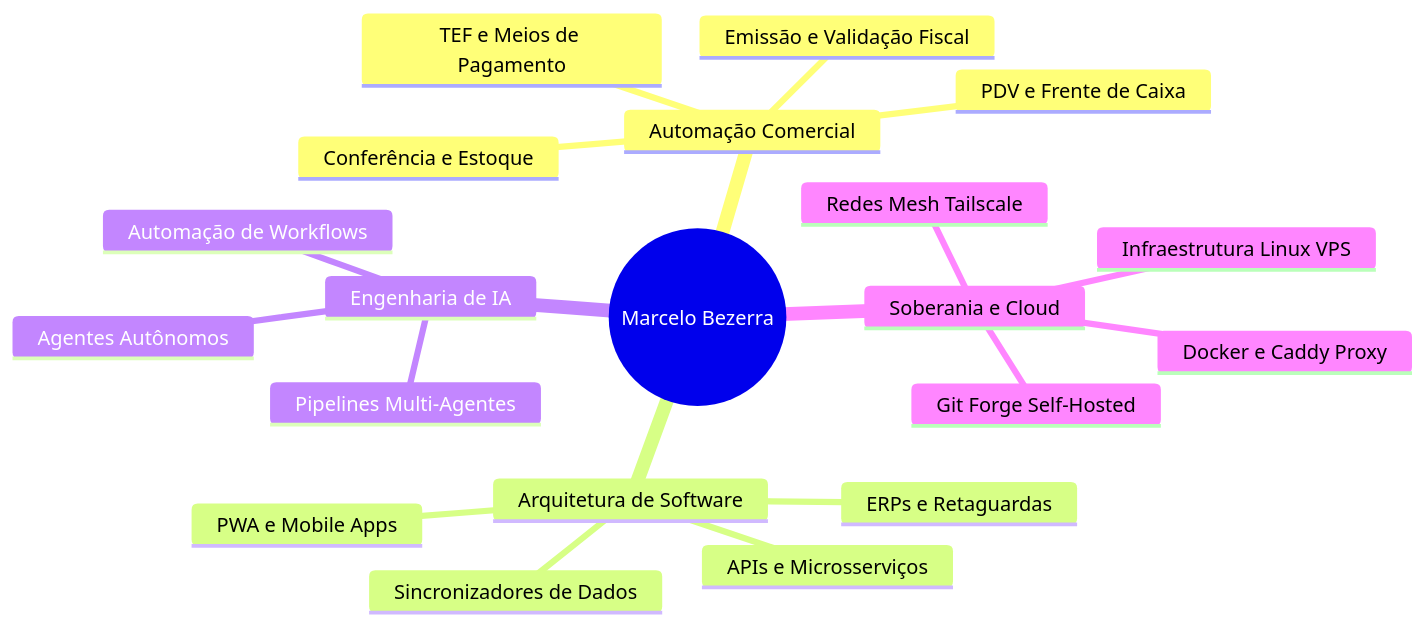
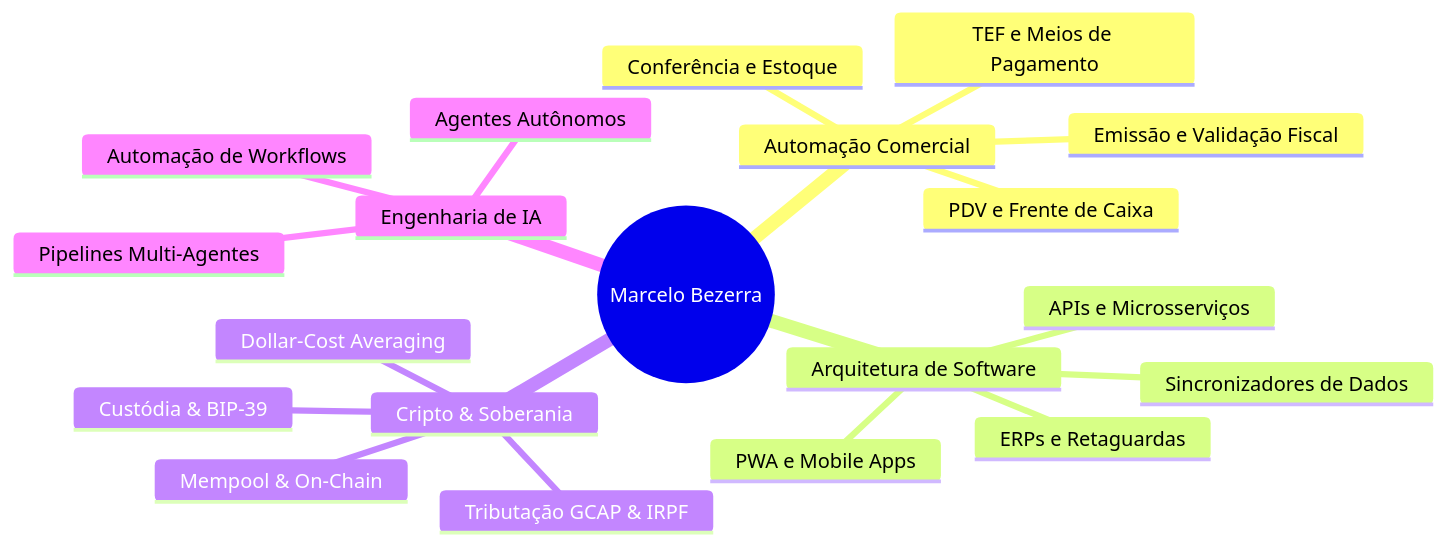
One commit to marcelotpbezerra/marcelotpbezerra changed the diagram in README.md. Above: the diagram before and after it, drawn with Mermaid. The commit also changed other lines of this file, not shown here.

Commit message:
docs: adicionar suite completa de 9 ferramentas fiscais e cripto

````diff
--- a/README.md
+++ b/README.md
@@ -22,23 +23,23 @@
 ```mermaid
 mindmap
   root((Marcelo Bezerra))
     Automação Comercial
       PDV e Frente de Caixa
       TEF e Meios de Pagamento
       Emissão e Validação Fiscal
       Conferência e Estoque
     Arquitetura de Software
       ERPs e Retaguardas
       APIs e Microsserviços
       PWA e Mobile Apps
       Sincronizadores de Dados
+    Cripto & Soberania
+      Custódia & BIP-39
+      Mempool & On-Chain
+      Tributação GCAP & IRPF
+      Dollar-Cost Averaging
     Engenharia de IA
       Pipelines Multi-Agentes
       Automação de Workflows
       Agentes Autônomos
-    Soberania e Cloud
-      Infraestrutura Linux VPS
-      Redes Mesh Tailscale
-      Git Forge Self-Hosted
-      Docker e Caddy Proxy
 ```
````
